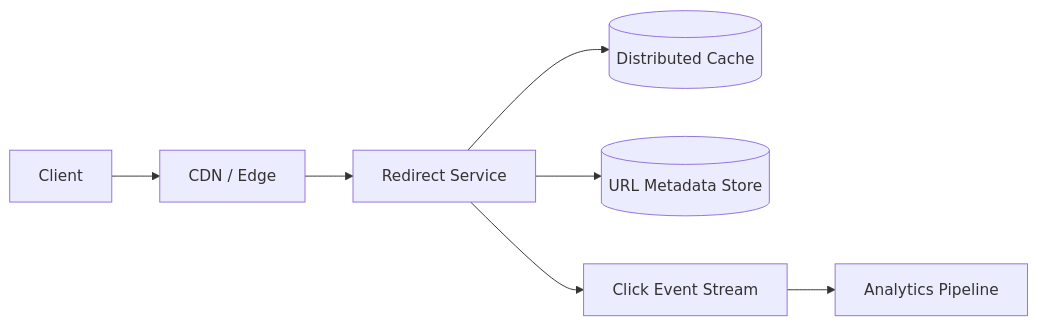
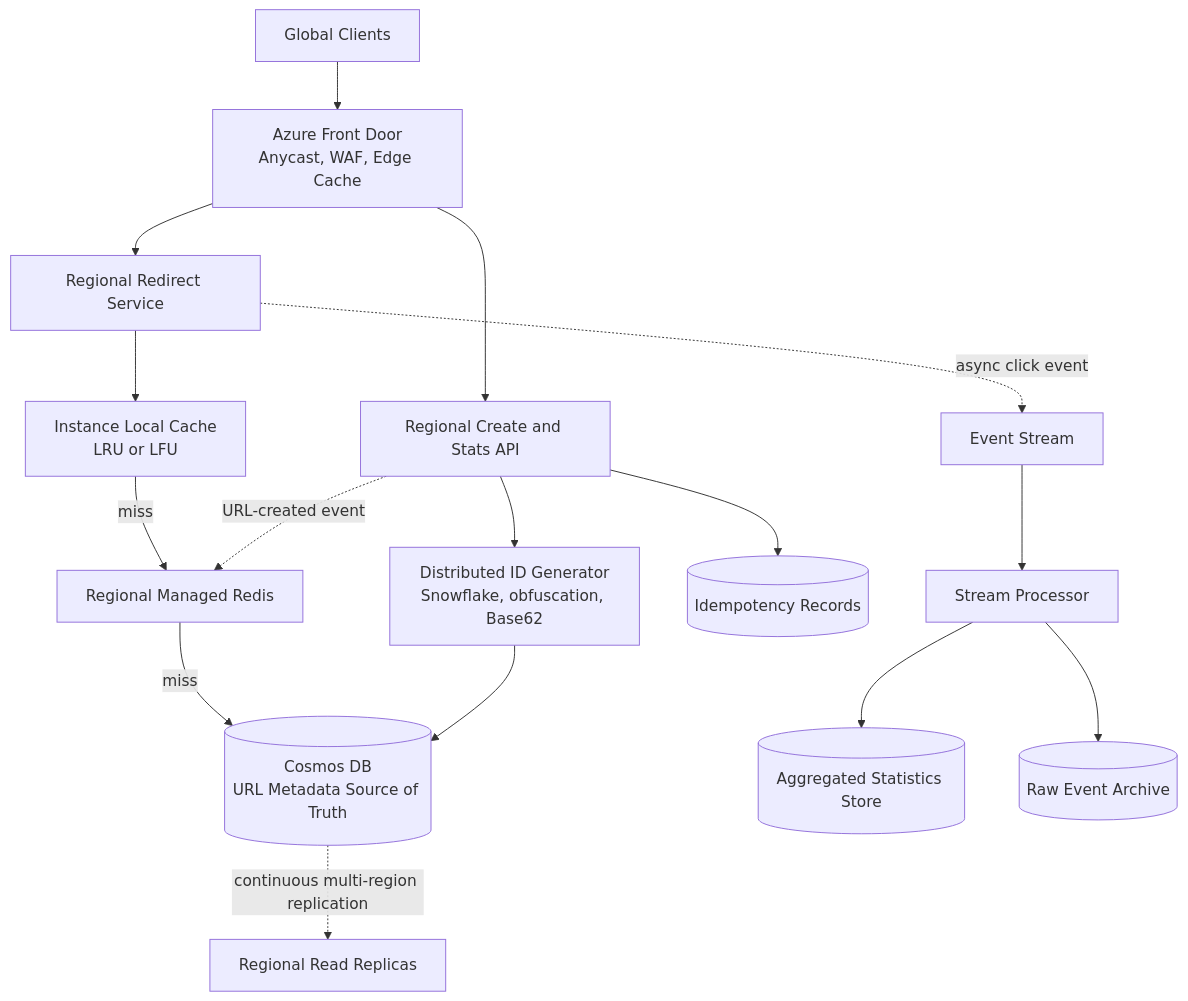
Before and after one commit to Aniels/system-design-portfolio: the diagram in case-studies/01-url-shortener/README.md, drawn with Mermaid. The commit also changed other lines of this file and 1 other file, not shown here.

First line of the commit message:
Document global URL shortener design

````diff
--- a/case-studies/01-url-shortener/README.md
+++ b/case-studies/01-url-shortener/README.md
@@ -29,9 +177,23 @@
 ```mermaid
-flowchart LR
-    Client --> Edge[CDN / Edge]
-    Edge --> Redirect[Redirect Service]
-    Redirect --> Cache[(Distributed Cache)]
-    Redirect --> DB[(URL Metadata Store)]
-    Redirect --> Events[Click Event Stream]
-    Events --> Analytics[Analytics Pipeline]
+flowchart TD
+    Client[Global Clients] --> AFD[Azure Front Door\nAnycast, WAF, Edge Cache]
+
+    AFD --> R1[Regional Redirect Service]
+    AFD --> C1[Regional Create and Stats API]
+
+    R1 --> L1[Instance Local Cache\nLRU or LFU]
+    L1 -->|miss| Redis[Regional Managed Redis]
+    Redis -->|miss| Cosmos[(Cosmos DB\nURL Metadata Source of Truth)]
+
+    C1 --> Generator[Distributed ID Generator\nSnowflake, obfuscation, Base62]
+    Generator --> Cosmos
+    C1 --> Idempotency[(Idempotency Records)]
+
+    R1 -. async click event .-> EventHub[Event Stream]
+    EventHub --> Processor[Stream Processor]
+    Processor --> Stats[(Aggregated Statistics Store)]
+    Processor --> Raw[(Raw Event Archive)]
+
+    Cosmos -. continuous multi-region replication .-> Replica[Regional Read Replicas]
+    C1 -. URL-created event .-> Redis
 ```
````
